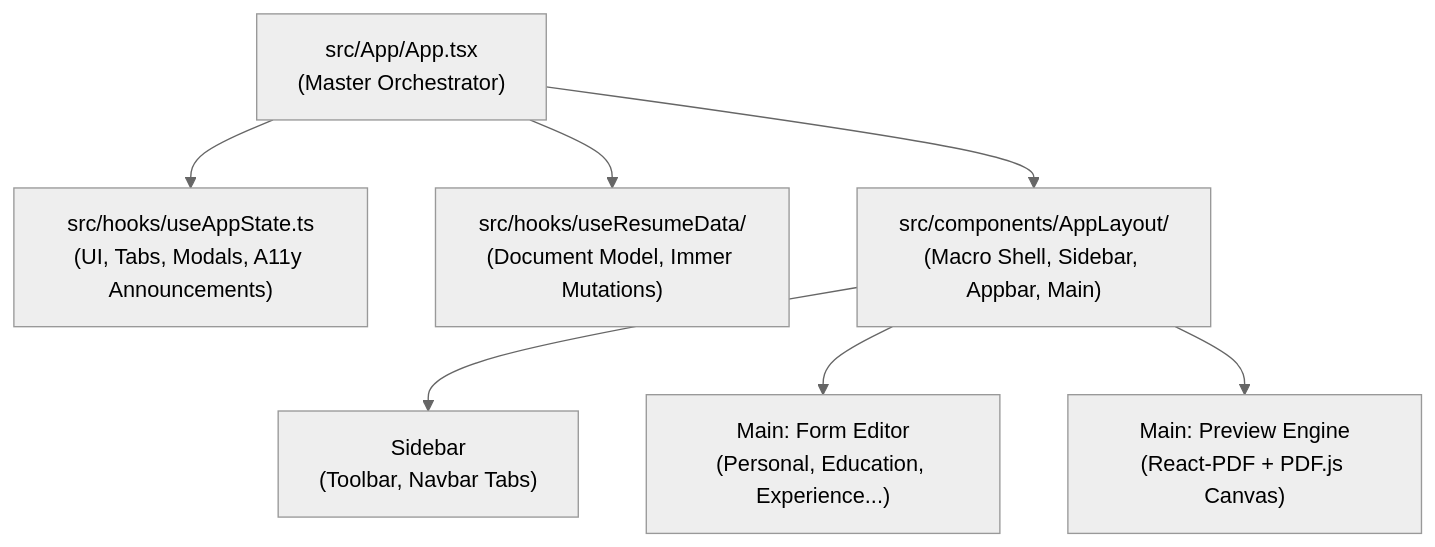
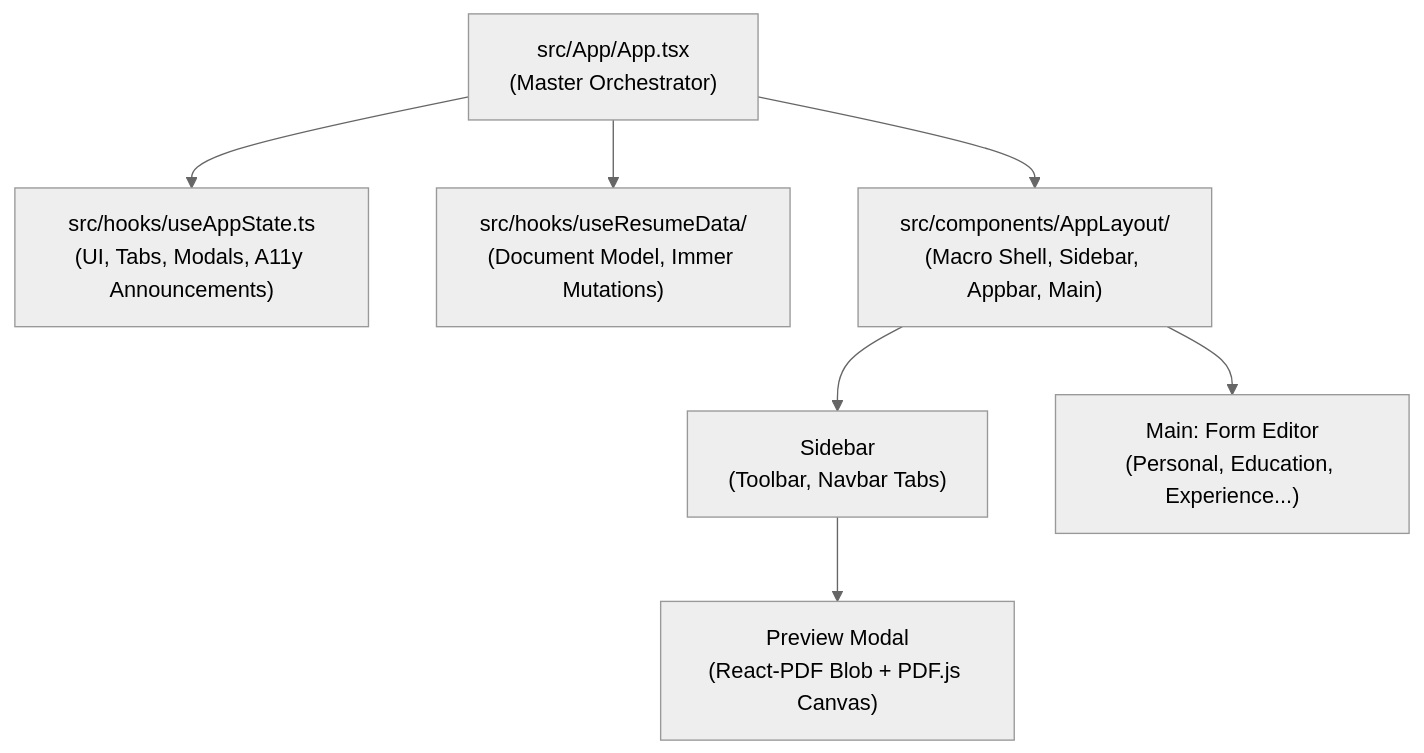
Before and after one commit to fiftythanks/resume-constructor: the diagram in docs/src/content/docs/guides/architecture.md, drawn with Mermaid (neutral theme). The commit also changed 3 other files, not shown here.

````diff
--- a/docs/src/content/docs/guides/architecture.md
+++ b/docs/src/content/docs/guides/architecture.md
@@ -10,11 +10,11 @@
 ```mermaid
 flowchart TD
     App["src/App/App.tsx<br/>(Master Orchestrator)"]
     App --> UseAppState["src/hooks/useAppState.ts<br/>(UI, Tabs, Modals, A11y Announcements)"]
     App --> UseResumeData["src/hooks/useResumeData/<br/>(Document Model, Immer Mutations)"]
     App --> AppLayout["src/components/AppLayout/<br/>(Macro Shell, Sidebar, Appbar, Main)"]
 
     AppLayout --> Sidebar["Sidebar<br/>(Toolbar, Navbar Tabs)"]
     AppLayout --> FormView["Main: Form Editor<br/>(Personal, Education, Experience...)"]
-    AppLayout --> PreviewView["Main: Preview Engine<br/>(React-PDF + PDF.js Canvas)"]
+    Sidebar --> PreviewModal["Preview Modal<br/>(React-PDF Blob + PDF.js Canvas)"]
 ```
````
